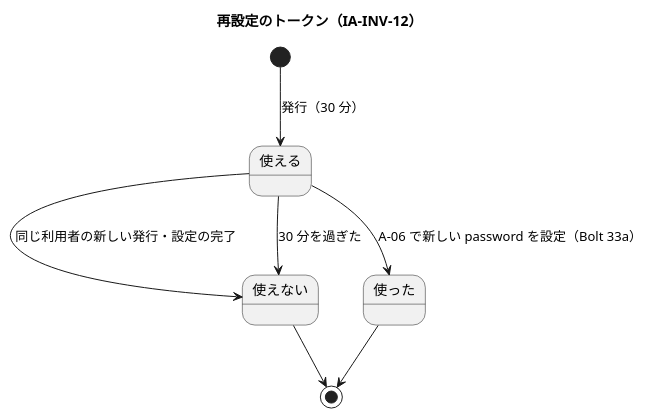
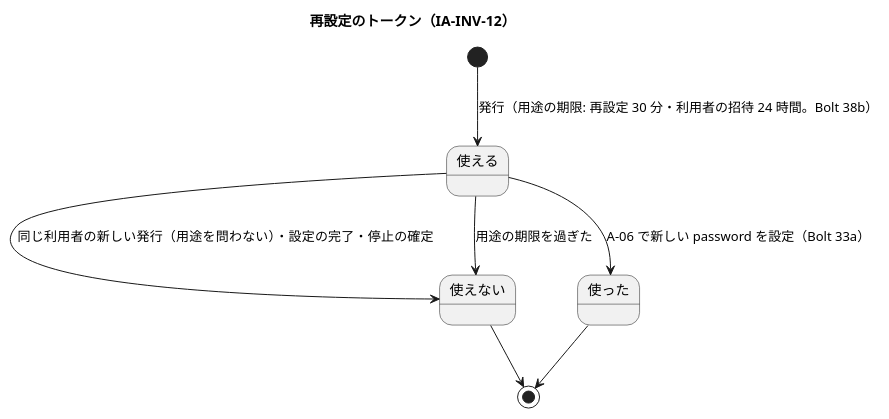
Before and after one commit to k2works/practical-domain-driven-design-in-enterpris-application: diagram 20 of 23 in docs/design/cargo-tracker/domain_model.md, drawn with PlantUML. The commit also changed other lines of this file and 28 other files, not shown here.

````diff
--- a/docs/design/cargo-tracker/domain_model.md
+++ b/docs/design/cargo-tracker/domain_model.md
@@ -1388,11 +1394,11 @@
 ```plantuml
 @startuml
 title 再設定のトークン（IA-INV-12）
-[*] --> 使える : 発行（30 分）
-使える --> 使えない : 同じ利用者の新しい発行・設定の完了
-使える --> 使えない : 30 分を過ぎた
+[*] --> 使える : 発行（用途の期限: 再設定 30 分・利用者の招待 24 時間。Bolt 38b）
+使える --> 使えない : 同じ利用者の新しい発行（用途を問わない）・設定の完了・停止の確定
+使える --> 使えない : 用途の期限を過ぎた
 使える --> 使った : A-06 で新しい password を設定（Bolt 33a）
 使った --> [*]
 使えない --> [*]
 @enduml
 ```
````
